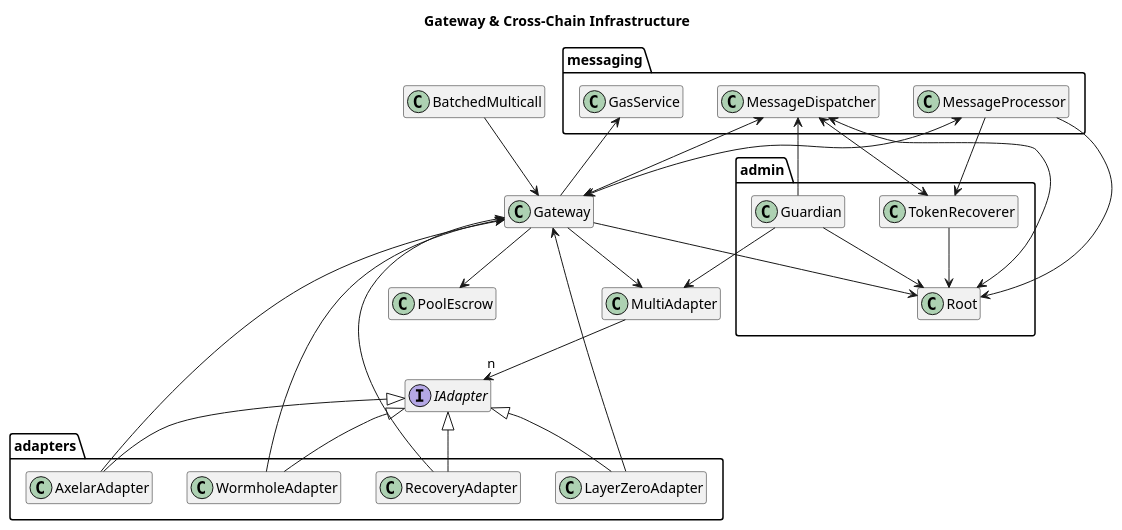
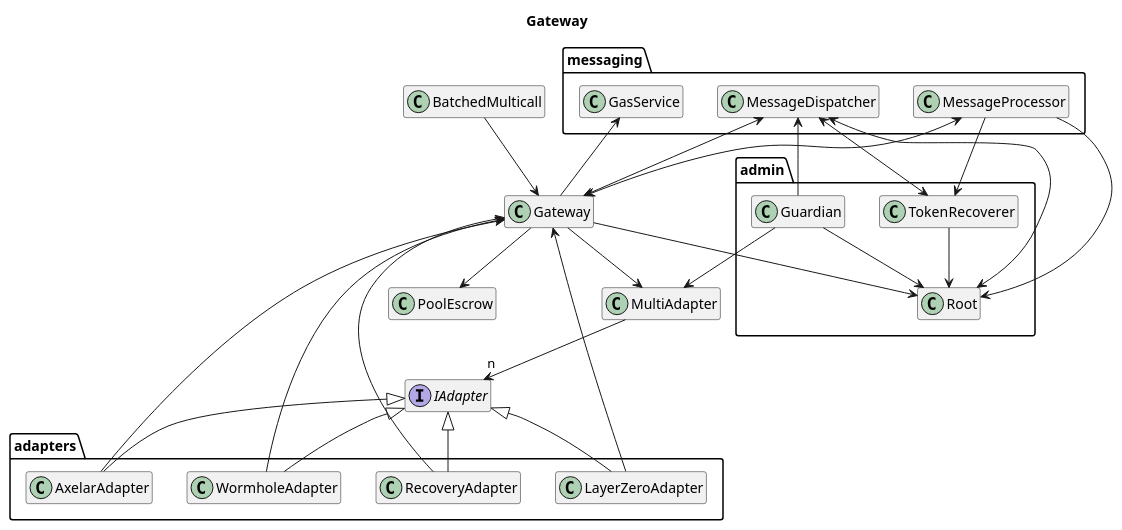
The diagram in docs/architecture/core/gateway.puml (centrifuge/protocol), drawn with PlantUML before and after one commit. The commit also changed 4 other files, not shown here.

```diff
--- a/docs/architecture/core/gateway.puml
+++ b/docs/architecture/core/gateway.puml
@@ -1,64 +1,64 @@
 @startuml gateway
-title Gateway & Cross-Chain Infrastructure
+title Gateway
 hide empty members
 
 package messaging {
     class MessageDispatcher
     class MessageProcessor
     class GasService
 }
 
 package admin {
     class Guardian
     class Root
     class TokenRecoverer
 }
 
 package adapters {
     class AxelarAdapter
     class WormholeAdapter
     class LayerZeroAdapter
     class RecoveryAdapter
 }
 
 class Gateway
 class BatchedMulticall
 class MultiAdapter
 class PoolEscrow
 
 interface IAdapter
 
 BatchedMulticall --> Gateway
 
 Gateway --> GasService
 Gateway --> Root
 Gateway --> MultiAdapter
 Gateway --> PoolEscrow
 
 MultiAdapter --> "n" IAdapter
 
 IAdapter <|-- AxelarAdapter
 IAdapter <|-- WormholeAdapter
 IAdapter <|-- LayerZeroAdapter
 IAdapter <|-- RecoveryAdapter
 
 AxelarAdapter --> Gateway
 WormholeAdapter --> Gateway
 LayerZeroAdapter --> Gateway
 RecoveryAdapter --> Gateway
 
 MessageProcessor --> Root
 MessageProcessor --> TokenRecoverer
 MessageProcessor <--> Gateway
 
 MessageDispatcher <--> Root
 MessageDispatcher <--> TokenRecoverer
 MessageDispatcher <--> Gateway
 
 Guardian --> Root
 Guardian --> MessageDispatcher
 Guardian --> MultiAdapter
 
 TokenRecoverer --> Root
 
 @enduml
```
